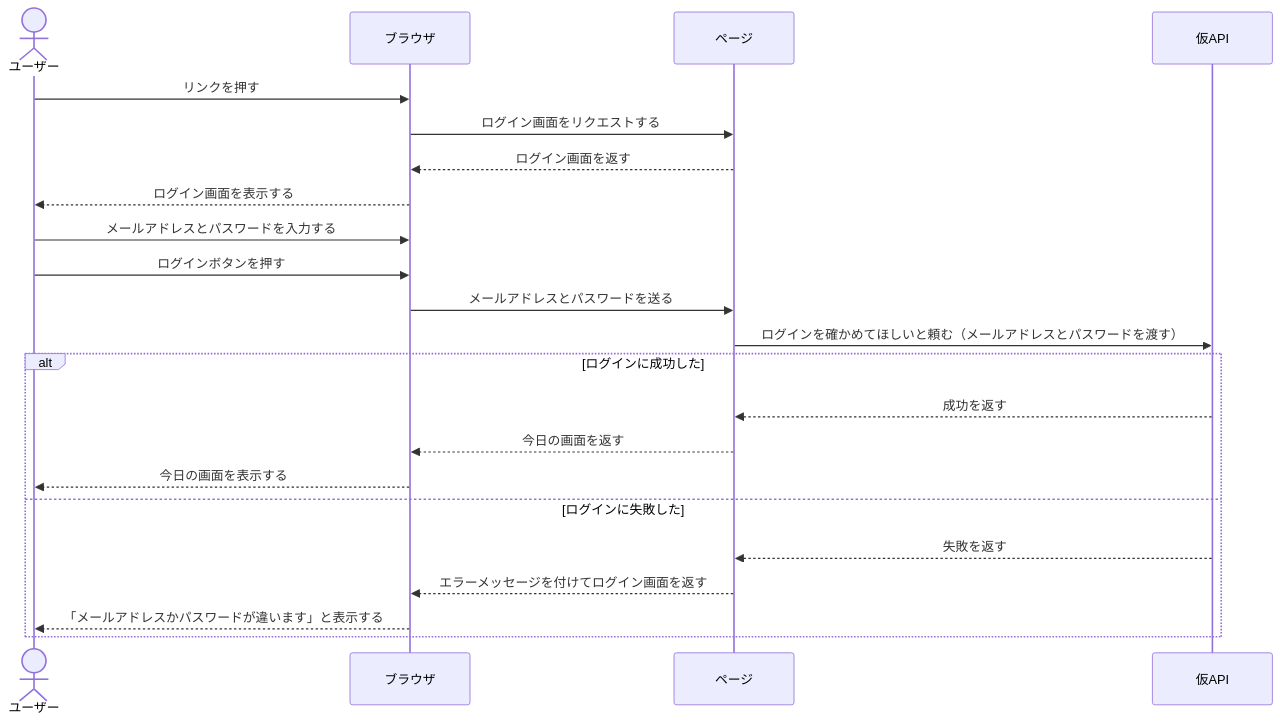
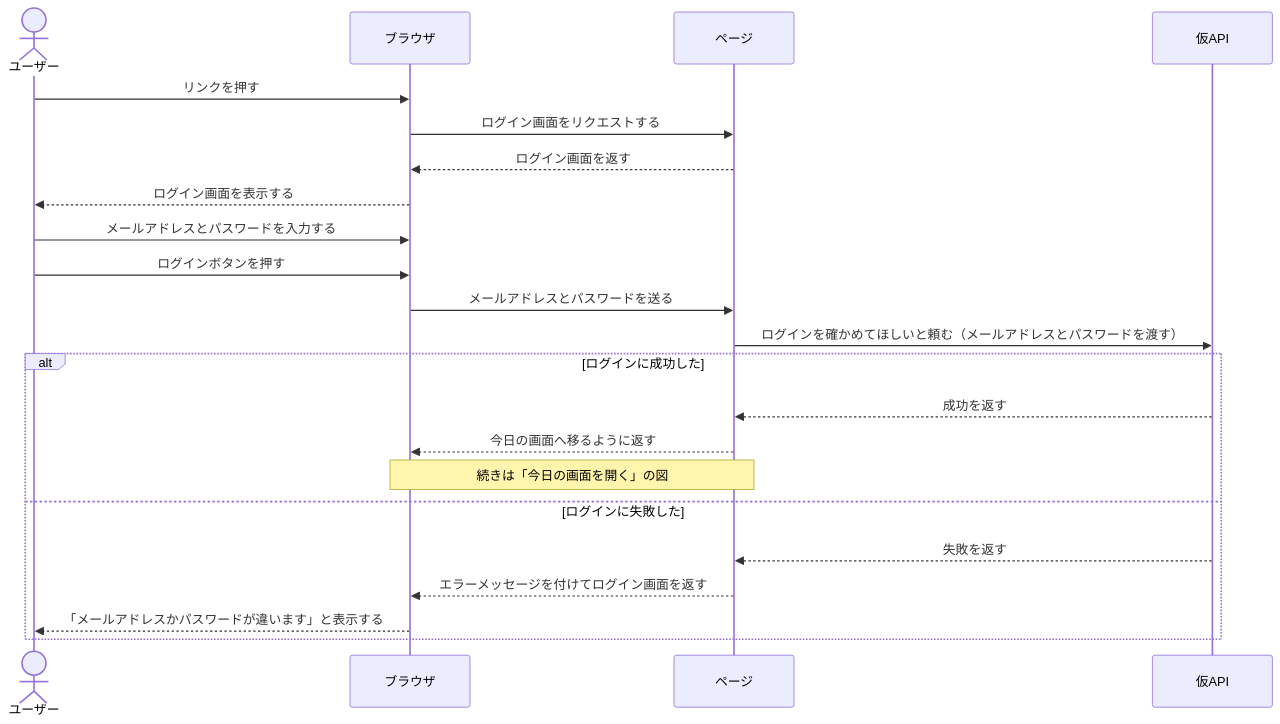
The second of 3 diagrams in docs/design/architecture.md (yuuya-1205/selfsketch-web), drawn with Mermaid before and after one commit. The commit also changed other lines of this file, not shown here.

Commit message:
docs: ログインの図に前提を書き、今日の画面の図へつなぐ

````diff
--- a/docs/design/architecture.md
+++ b/docs/design/architecture.md
@@ -43,24 +50,24 @@
 ```mermaid
 sequenceDiagram
    actor ユーザー
    participant ブラウザ
    participant ページ
    participant 仮API
    ユーザー->>ブラウザ: リンクを押す
    ブラウザ->>ページ: ログイン画面をリクエストする
    ページ-->>ブラウザ: ログイン画面を返す
    ブラウザ-->>ユーザー: ログイン画面を表示する
    ユーザー->>ブラウザ: メールアドレスとパスワードを入力する
    ユーザー->>ブラウザ: ログインボタンを押す
    ブラウザ->>ページ: メールアドレスとパスワードを送る
    ページ->>仮API: ログインを確かめてほしいと頼む（メールアドレスとパスワードを渡す）
    alt ログインに成功した
       仮API-->>ページ: 成功を返す
-      ページ-->>ブラウザ: 今日の画面を返す
-      ブラウザ-->>ユーザー: 今日の画面を表示する
+      ページ-->>ブラウザ: 今日の画面へ移るように返す
+      Note over ブラウザ,ページ: 続きは「今日の画面を開く」の図
    else ログインに失敗した
       仮API-->>ページ: 失敗を返す
       ページ-->>ブラウザ: エラーメッセージを付けてログイン画面を返す
       ブラウザ-->>ユーザー: 「メールアドレスかパスワードが違います」と表示する
    end
 ```
````
